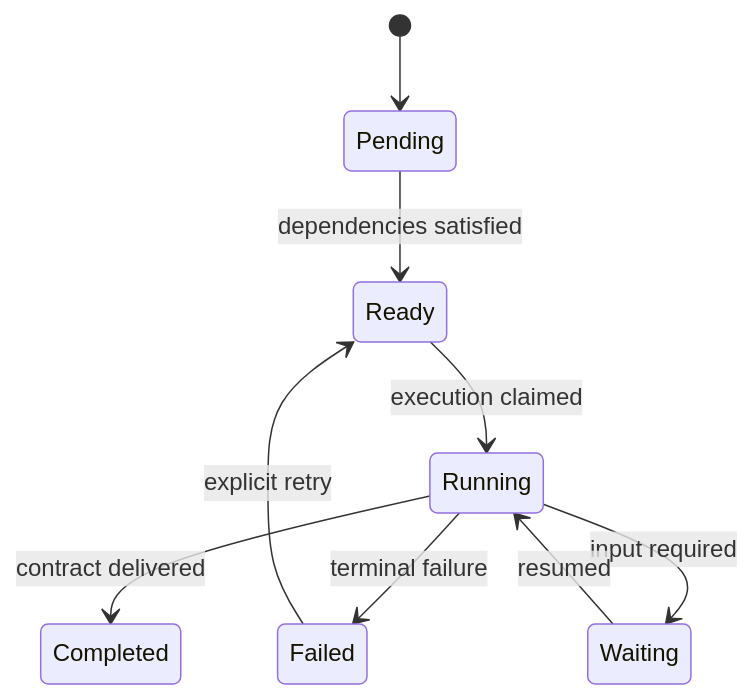
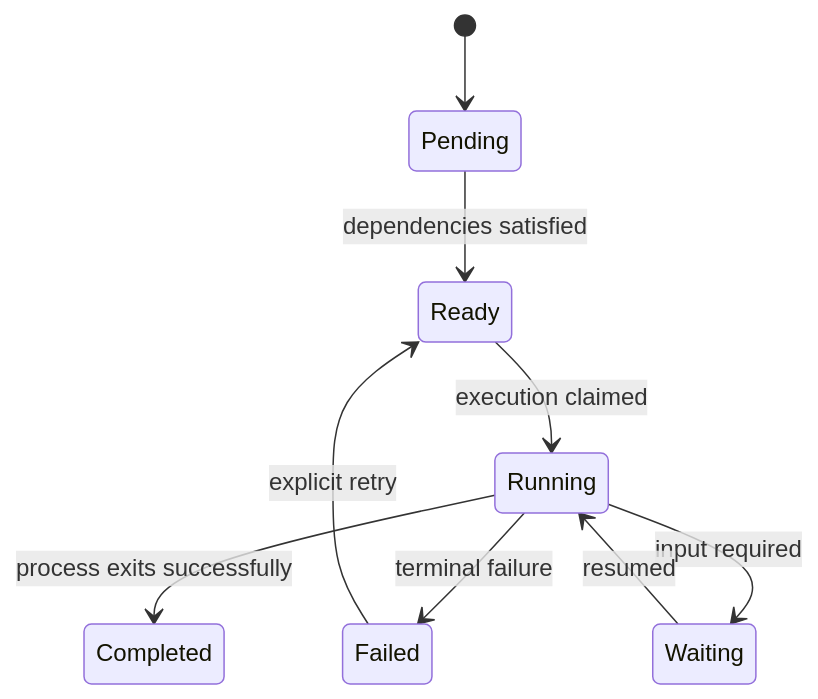
Before and after one commit to muqsitnawaz/agi-cli: the second of 2 diagrams in cli/docs/orchestration.md, drawn with Mermaid. The commit also changed other lines of this file, not shown here.

````diff
--- a/cli/docs/orchestration.md
+++ b/cli/docs/orchestration.md
@@ -36,11 +37,11 @@
 ```mermaid
 stateDiagram-v2
   [*] --> Pending
   Pending --> Ready: dependencies satisfied
   Ready --> Running: execution claimed
-  Running --> Completed: contract delivered
+  Running --> Completed: process exits successfully
   Running --> Failed: terminal failure
   Running --> Waiting: input required
   Waiting --> Running: resumed
   Failed --> Ready: explicit retry
 ```
````
